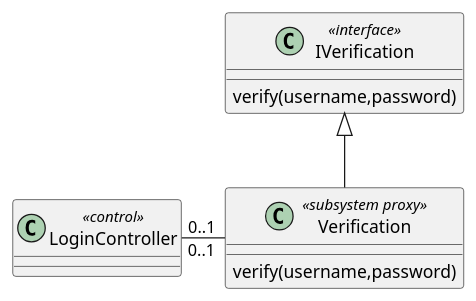
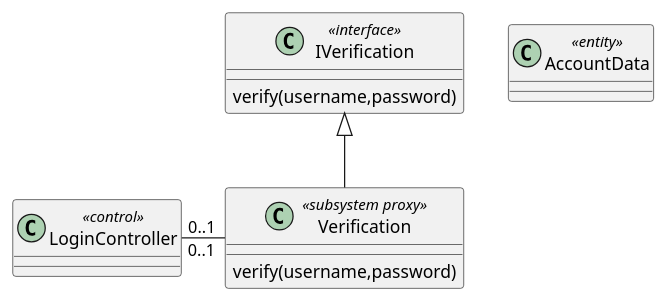
Before and after one commit to McSinyx/ipppi: the diagram in source/solution/design-elements.rst, drawn with PlantUML. The commit also changed other lines of this file, not shown here.

```diff
--- a/source/solution/design-elements.rst
+++ b/source/solution/design-elements.rst
@@ -8,14 +8,16 @@
 .. uml::
 
   class LoginController<<control>>
     
   class IVerification<<interface>>
   {
   verify(username,password)
   }
     
   class Verification<<subsystem proxy>> extends IVerification {
   verify(username,password)
   }
+  
+  class AccountData <<entity>>
     
   LoginController "0..1" - "0..1" Verification
```
